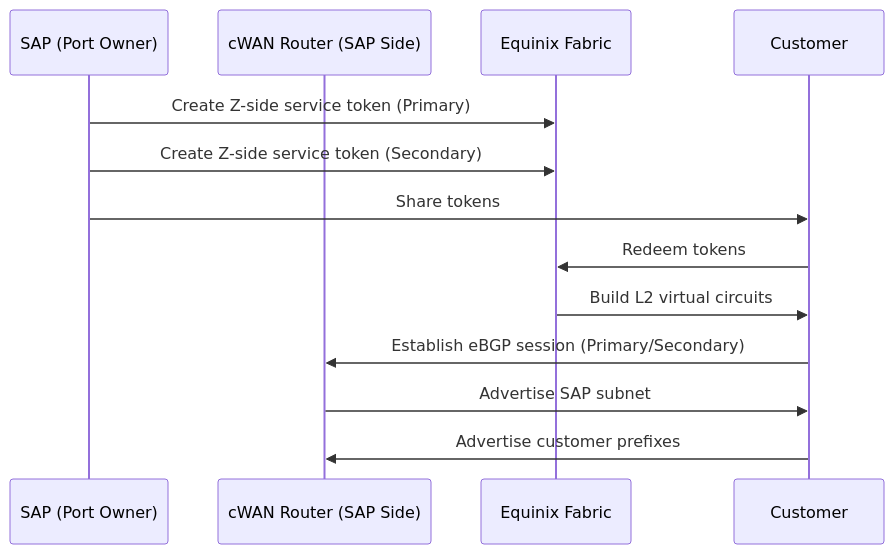
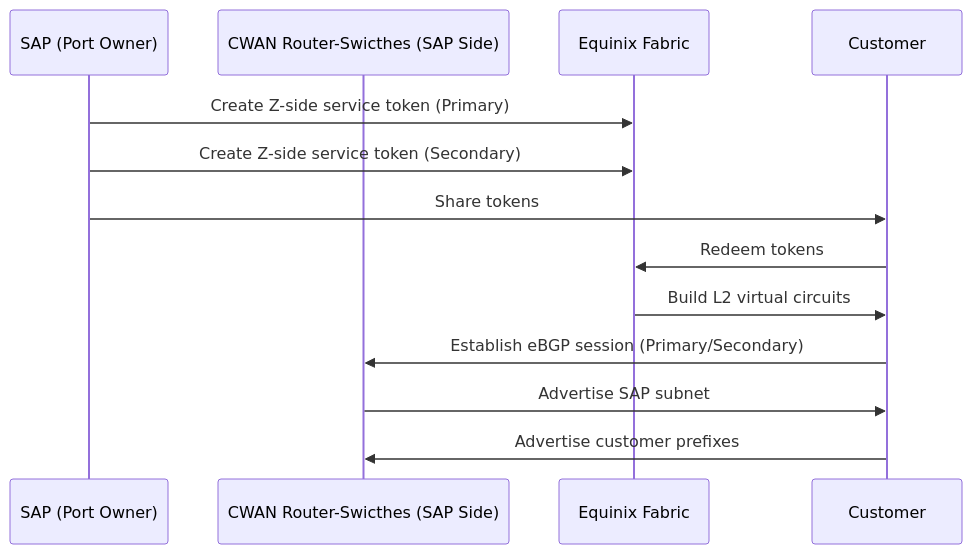
One commit to jeetroy1992/JEET changed the third of 3 diagrams in Cloud Peering.md. Above: the diagram before and after it, drawn with Mermaid.

Commit message:
Update Cloud Peering.md

````diff
--- a/Cloud Peering.md
+++ b/Cloud Peering.md
@@ -141,19 +141,19 @@
 ```mermaid
 sequenceDiagram
     participant SAP as SAP (Port Owner)
-    participant CWAN as cWAN Router (SAP Side)
+    participant CWAN as CWAN Router-Swicthes (SAP Side)
     participant EQ as Equinix Fabric
     participant CUST as Customer
 
     SAP->>EQ: Create Z-side service token (Primary)
     SAP->>EQ: Create Z-side service token (Secondary)
     SAP->>CUST: Share tokens
 
     CUST->>EQ: Redeem tokens
     EQ->>CUST: Build L2 virtual circuits
 
     CUST->>CWAN: Establish eBGP session (Primary/Secondary)
     CWAN->>CUST: Advertise SAP subnet
     CUST->>CWAN: Advertise customer prefixes
 
 ```
````
